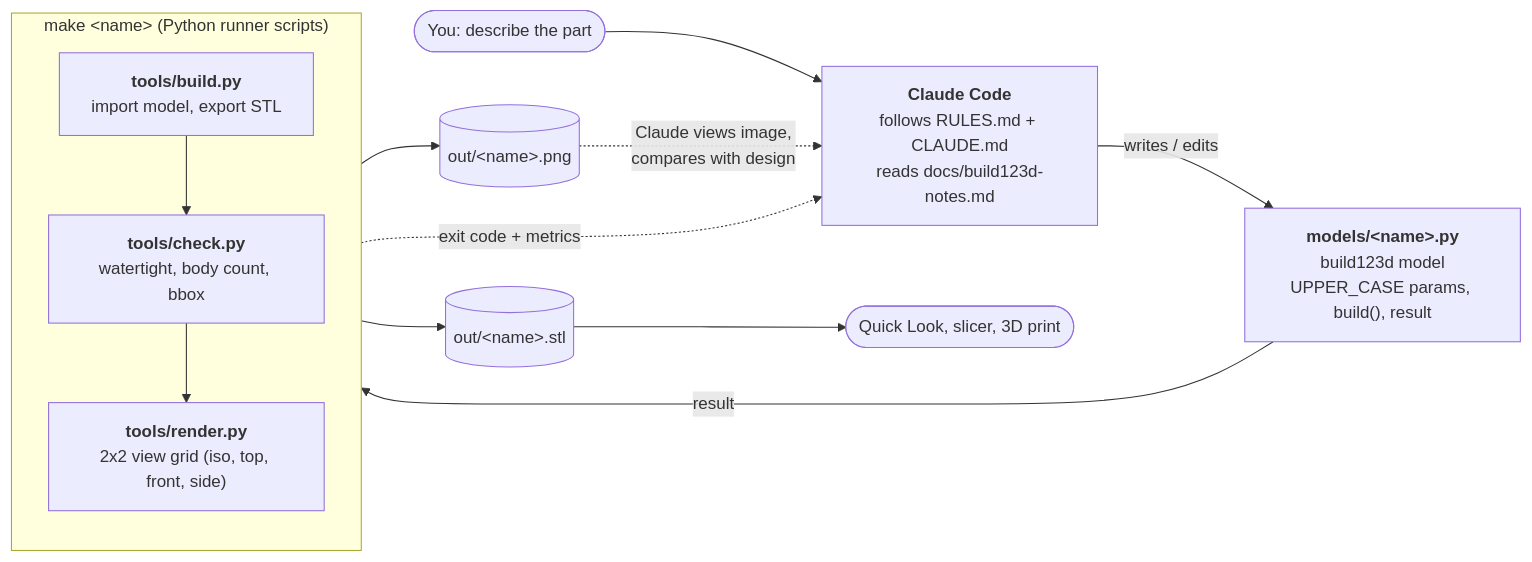
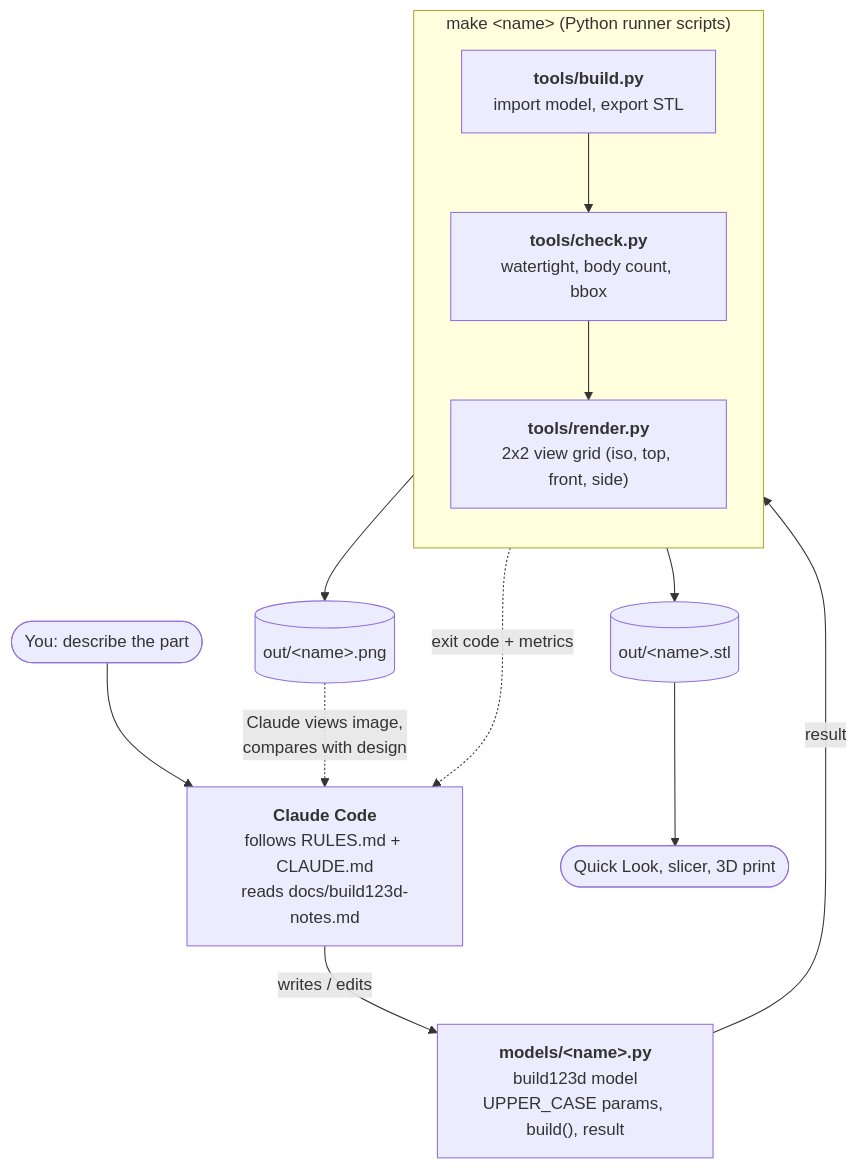
One commit to agentic-3d/example-base changed the diagram in README.md. Above: the diagram before and after it, drawn with Mermaid.

Commit message:
fix: working diagram in readme

````diff
--- a/README.md
+++ b/README.md
@@ -13,27 +13,27 @@
 ```mermaid
-flowchart LR
+flowchart TD
     you(["You: describe the part"]) --> claude
 
     claude["<b>Claude Code</b><br/>follows RULES.md + CLAUDE.md<br/>reads docs/build123d-notes.md"]
     model["<b>models/&lt;name&gt;.py</b><br/>build123d model<br/>UPPER_CASE params, build(), result"]
 
     subgraph loop ["make &lt;name&gt; (Python runner scripts)"]
         direction TB
         build["<b>tools/build.py</b><br/>import model, export STL"]
         check["<b>tools/check.py</b><br/>watertight, body count, bbox"]
         render["<b>tools/render.py</b><br/>2x2 view grid (iso, top, front, side)"]
         build --> check --> render
     end
 
     stl[("out/&lt;name&gt;.stl")]
     png[("out/&lt;name&gt;.png")]
     print(["Quick Look, slicer, 3D print"])
 
     claude -- "writes / edits" --> model
     model -- "result" --> build
     build --> stl
     render --> png
     stl --> print
     check -. "exit code + metrics" .-> claude
     png -. "Claude views image,<br/>compares with design" .-> claude
 ```
````
